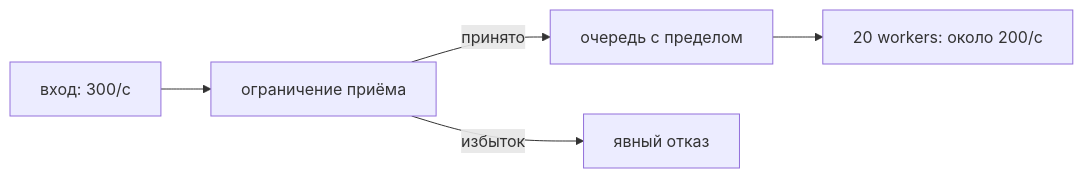
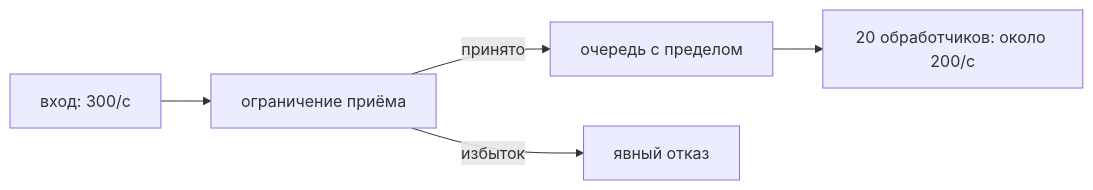
The diagram in docs/go/concurrency/backpressure.md (leary1337/vault), drawn with Mermaid before and after one commit. The commit also changed other lines of this file and 325 other files, not shown here.

````diff
--- a/docs/go/concurrency/backpressure.md
+++ b/docs/go/concurrency/backpressure.md
@@ -54,7 +38,7 @@
 ```mermaid
 flowchart LR
     A["вход: 300/с"] --> B["ограничение приёма"]
     B -->|"принято"| Q["очередь с пределом"]
     B -->|"избыток"| R["явный отказ"]
-    Q --> W["20 workers: около 200/с"]
+    Q --> W["20 обработчиков: около 200/с"]
 ```
````
